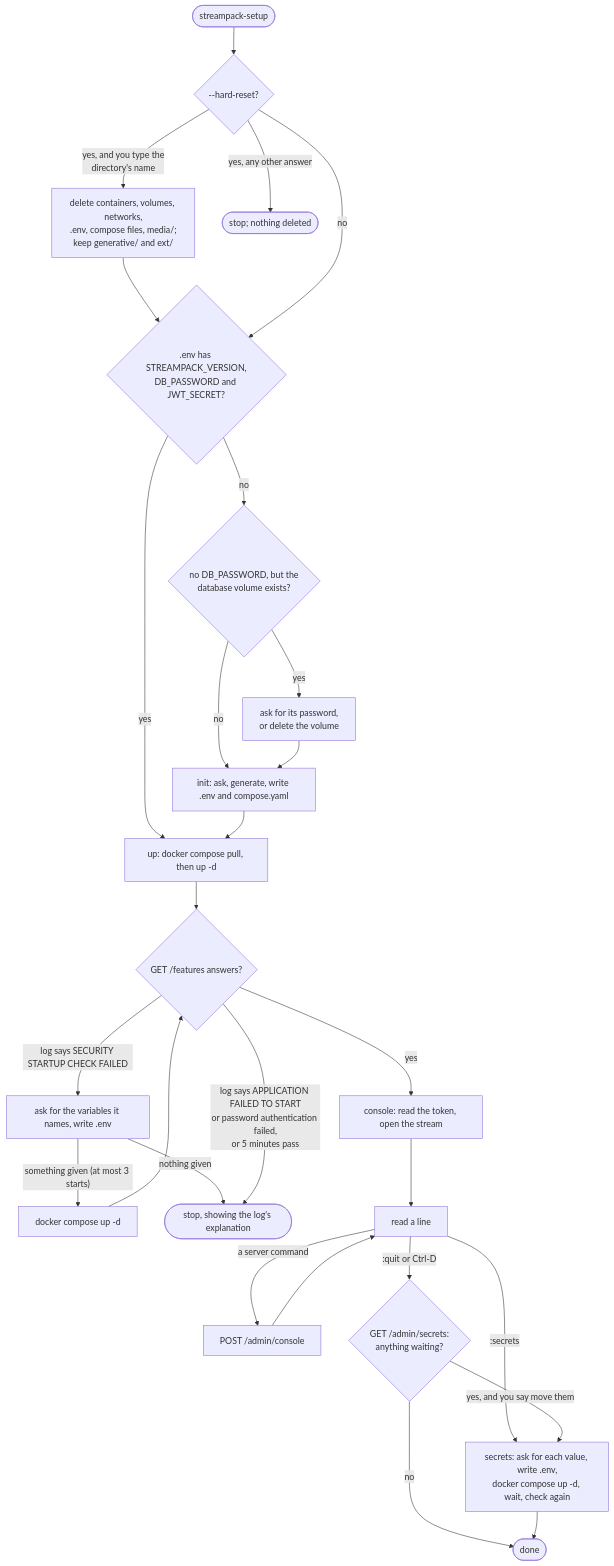
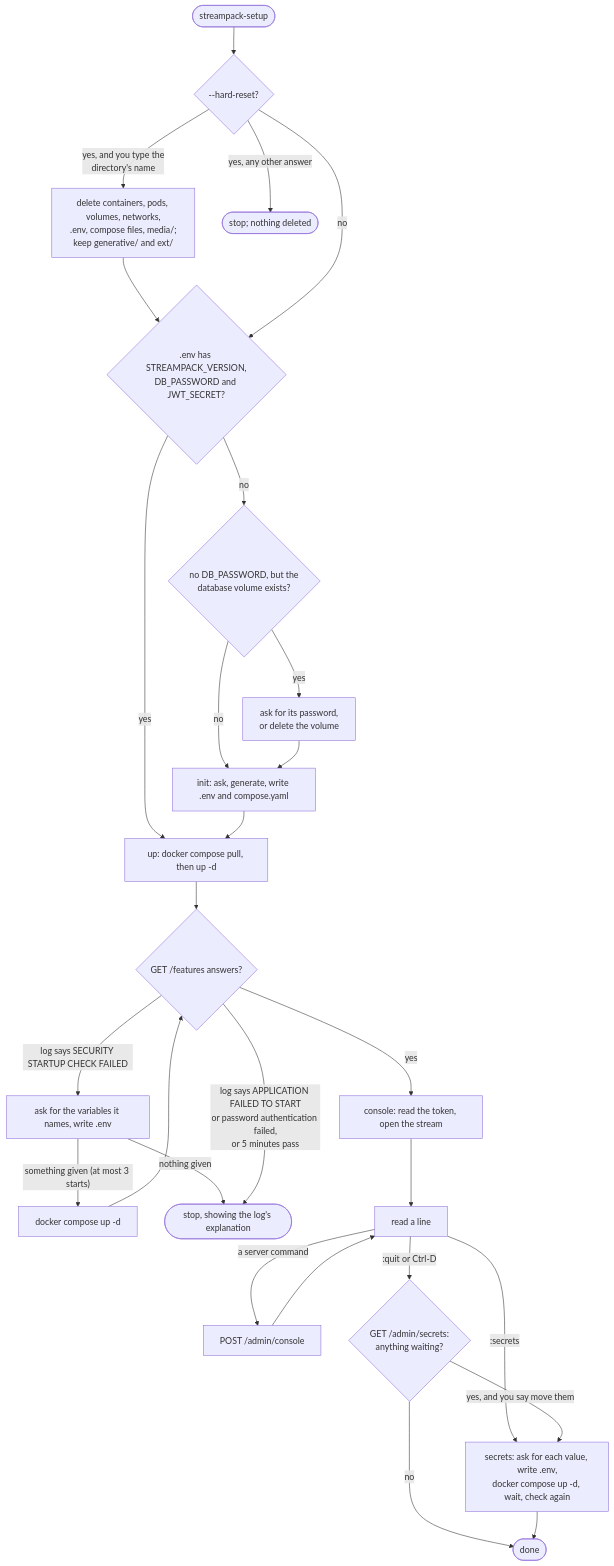
One commit to streampack-dev/setup changed the diagram in docs/explanation/execution-flow.md. Above: the diagram before and after it, drawn with Mermaid. The commit also changed other lines of this file and 15 other files, not shown here.

````diff
--- a/docs/explanation/execution-flow.md
+++ b/docs/explanation/execution-flow.md
@@ -7,25 +9,25 @@
 ```mermaid
 flowchart TD
     start([streampack-setup]) --> reset{"--hard-reset?"}
-    reset -- "yes, and you type the<br>directory's name" --> wipe[delete containers, volumes, networks,<br>.env, compose files, media/;<br>keep generative/ and ext/] --> configured
+    reset -- "yes, and you type the<br>directory's name" --> wipe[delete containers, pods, volumes, networks,<br>.env, compose files, media/;<br>keep generative/ and ext/] --> configured
     reset -- "yes, any other answer" --> stopped([stop; nothing deleted])
     reset -- no --> configured{".env has STREAMPACK_VERSION,<br>DB_PASSWORD and JWT_SECRET?"}
     configured -- no --> volume{"no DB_PASSWORD, but the<br>database volume exists?"}
     volume -- "no" --> init[init: ask, generate, write .env and compose.yaml]
     volume -- "yes" --> old["ask for its password,<br>or delete the volume"] --> init
     configured -- yes --> up
     init --> up[up: docker compose pull, then up -d]
     up --> wait{"GET /features answers?"}
     wait -- "yes" --> console[console: read the token, open the stream]
     wait -- "log says SECURITY STARTUP CHECK FAILED" --> ask[ask for the variables it names, write .env]
     ask -- "something given (at most 3 starts)" --> up2[docker compose up -d] --> wait
     ask -- "nothing given" --> stop([stop, showing the log's explanation])
     wait -- "log says APPLICATION FAILED TO START<br>or password authentication failed,<br>or 5 minutes pass" --> stop
     console --> loop[read a line]
     loop -- "a server command" --> submit[POST /admin/console] --> loop
     loop -- ":secrets" --> move
     loop -- ":quit or Ctrl-D" --> left{"GET /admin/secrets:<br>anything waiting?"}
     left -- no --> done([done])
     left -- "yes, and you say move them" --> move[secrets: ask for each value, write .env,<br>docker compose up -d, wait, check again]
     move --> done
 ```
````
